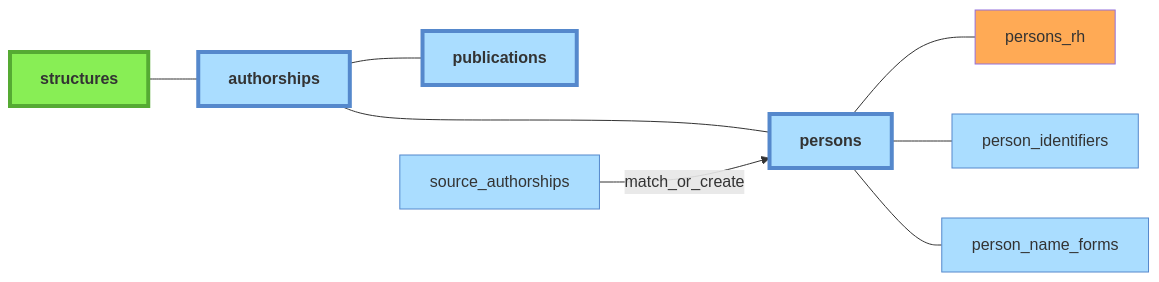
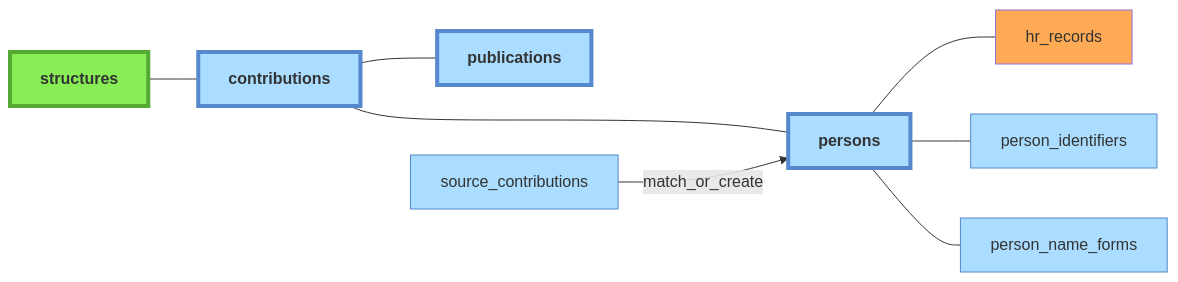
The diagram in docs/donnees/05-persons.md (Y33sha/bibliometrie-uca), drawn with Mermaid before and after one commit. The commit also changed other lines of this file and 560 other files, not shown here.

````diff
--- a/docs/donnees/05-persons.md
+++ b/docs/donnees/05-persons.md
@@ -9,19 +9,19 @@
 ```mermaid
 flowchart LR
-    structures --- authorships
-    authorships --- publications
-    authorships ---- persons
-    source_authorships-->|match_or_create|persons
-    persons---persons_rh
+    structures --- contributions
+    contributions --- publications
+    contributions ---- persons
+    source_contributions-->|match_or_create|persons
+    persons---hr_records
     persons---person_identifiers
     persons---person_name_forms
 
     classDef manuel  fill:#8e5,stroke:#5a3
     class structures manuel;
     classDef csv fill:#fa5
-    class persons_rh csv
+    class hr_records csv
     classDef auto fill:#adf,stroke:#58c
-    class source_authorships,publications,person_identifiers,person_name_forms,authorships,persons auto
+    class source_contributions,publications,person_identifiers,person_name_forms,contributions,persons auto
     classDef main stroke-width:4px,font-weight:bold
-    class structures,publications,persons,authorships main
+    class structures,publications,persons,contributions main
 ```
````
